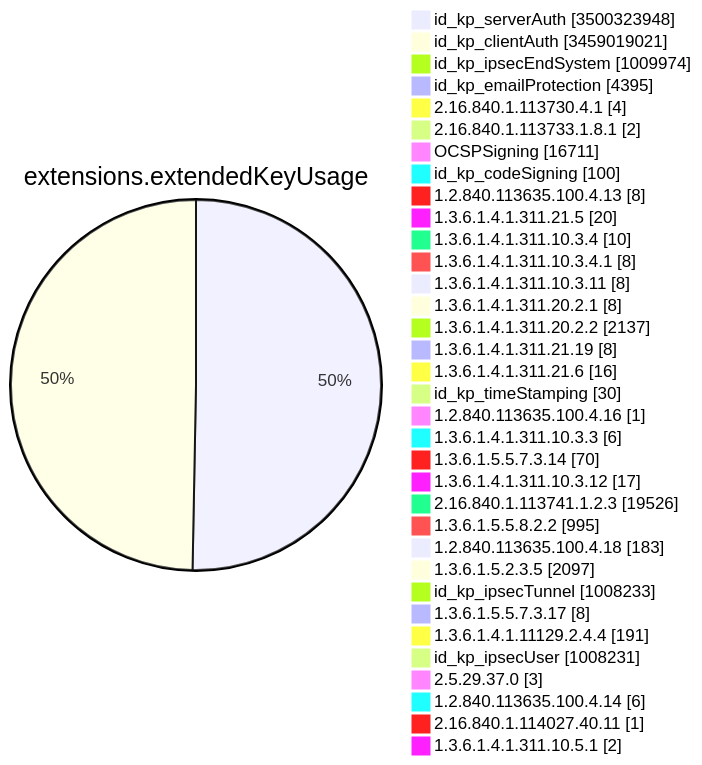
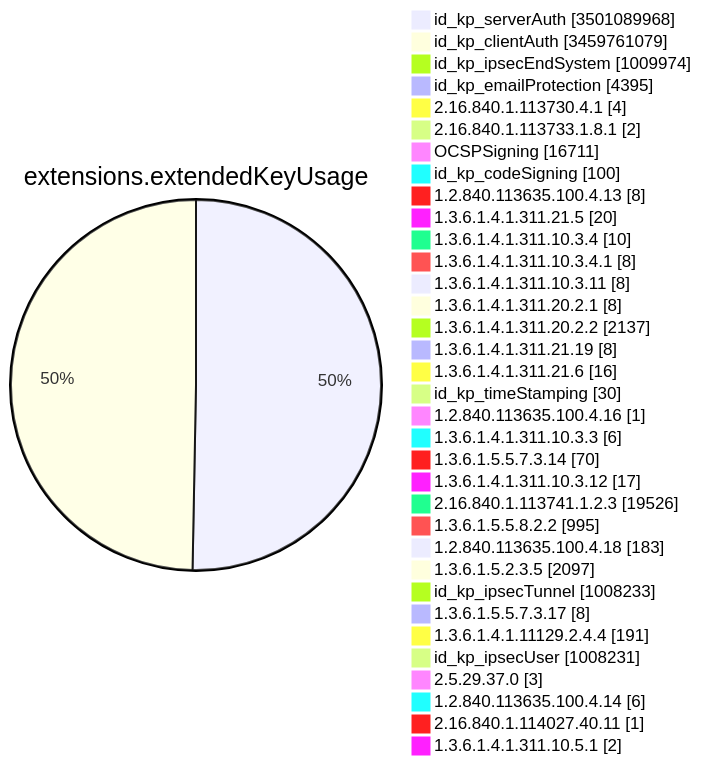
Before and after one commit to christiankrug/ctmonitor_visualization: diagram 11 of 15 in TOTAL/README.md, drawn with Mermaid. The commit also changed other lines of this file, not shown here.

````diff
--- a/TOTAL/README.md
+++ b/TOTAL/README.md
@@ -4126,38 +4126,38 @@
 ```mermaid
 pie showData
 title extensions.extendedKeyUsage
-"id_kp_serverAuth" :3500323948
-"id_kp_clientAuth" :3459019021
+"id_kp_serverAuth" :3501089968
+"id_kp_clientAuth" :3459761079
 "id_kp_ipsecEndSystem" :1009974
 "id_kp_emailProtection" :4395
 "2.16.840.1.113730.4.1" :4
 "2.16.840.1.113733.1.8.1" :2
 "OCSPSigning" :16711
 "id_kp_codeSigning" :100
 "1.2.840.113635.100.4.13" :8
 "1.3.6.1.4.1.311.21.5" :20
 "1.3.6.1.4.1.311.10.3.4" :10
 "1.3.6.1.4.1.311.10.3.4.1" :8
 "1.3.6.1.4.1.311.10.3.11" :8
 "1.3.6.1.4.1.311.20.2.1" :8
 "1.3.6.1.4.1.311.20.2.2" :2137
 "1.3.6.1.4.1.311.21.19" :8
 "1.3.6.1.4.1.311.21.6" :16
 "id_kp_timeStamping" :30
 "1.2.840.113635.100.4.16" :1
 "1.3.6.1.4.1.311.10.3.3" :6
 "1.3.6.1.5.5.7.3.14" :70
 "1.3.6.1.4.1.311.10.3.12" :17
 "2.16.840.1.113741.1.2.3" :19526
 "1.3.6.1.5.5.8.2.2" :995
 "1.2.840.113635.100.4.18" :183
 "1.3.6.1.5.2.3.5" :2097
 "id_kp_ipsecTunnel" :1008233
 "1.3.6.1.5.5.7.3.17" :8
 "1.3.6.1.4.1.11129.2.4.4" :191
 "id_kp_ipsecUser" :1008231
 "2.5.29.37.0" :3
 "1.2.840.113635.100.4.14" :6
 "2.16.840.1.114027.40.11" :1
 "1.3.6.1.4.1.311.10.5.1" :2
 ```
````
